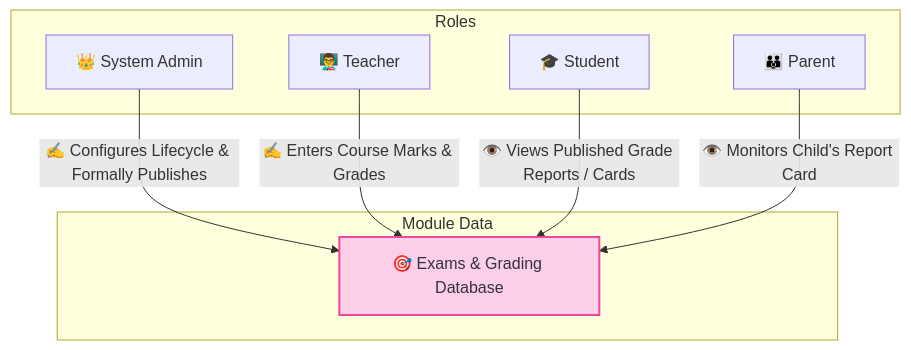
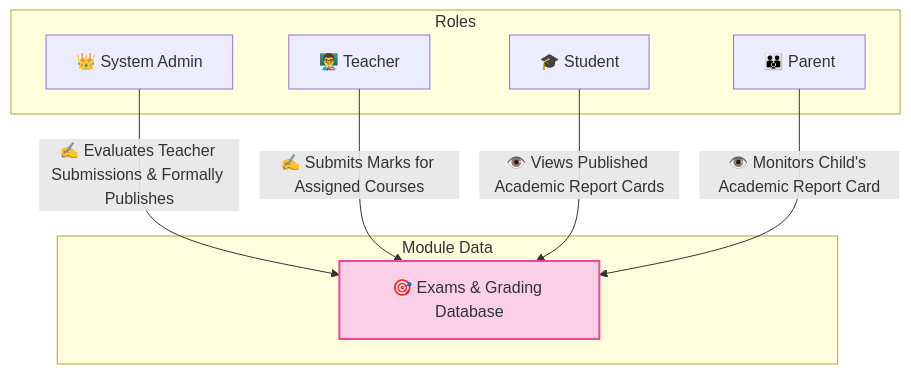
Before and after one commit to Shashank0143/School-ERP-model: the third of 14 diagrams in docs/01-roles-and-permissions.md, drawn with Mermaid. The commit also changed 76 other files, not shown here.

Commit message:
report card generation implemented, examination module fully refactored

````diff
--- a/docs/01-roles-and-permissions.md
+++ b/docs/01-roles-and-permissions.md
@@ -58,20 +58,20 @@
 ```mermaid
 graph TD
     subgraph "Roles"
         Admin["👑 System Admin"]
         Teacher["👨‍🏫 Teacher"]
         Student["🎓 Student"]
         Parent["👪 Parent"]
     end
 
     subgraph "Module Data"
         M_Exams["🎯 Exams & Grading Database"]
     end
 
-    Admin -->|✍️ Configures Lifecycle & Formally Publishes| M_Exams
-    Teacher -->|✍️ Enters Course Marks & Grades| M_Exams
-    Student -->|👁️ Views Published Grade Reports / Cards| M_Exams
-    Parent -->|👁️ Monitors Child's Report Card| M_Exams
+    Admin -->|✍️ Evaluates Teacher Submissions & Formally Publishes| M_Exams
+    Teacher -->|✍️ Submits Marks for Assigned Courses| M_Exams
+    Student -->|👁️ Views Published Academic Report Cards| M_Exams
+    Parent -->|👁️ Monitors Child's Academic Report Card| M_Exams
 
     style M_Exams fill:#fbcfe8,stroke:#ec4899,stroke-width:2px
 ```
````
